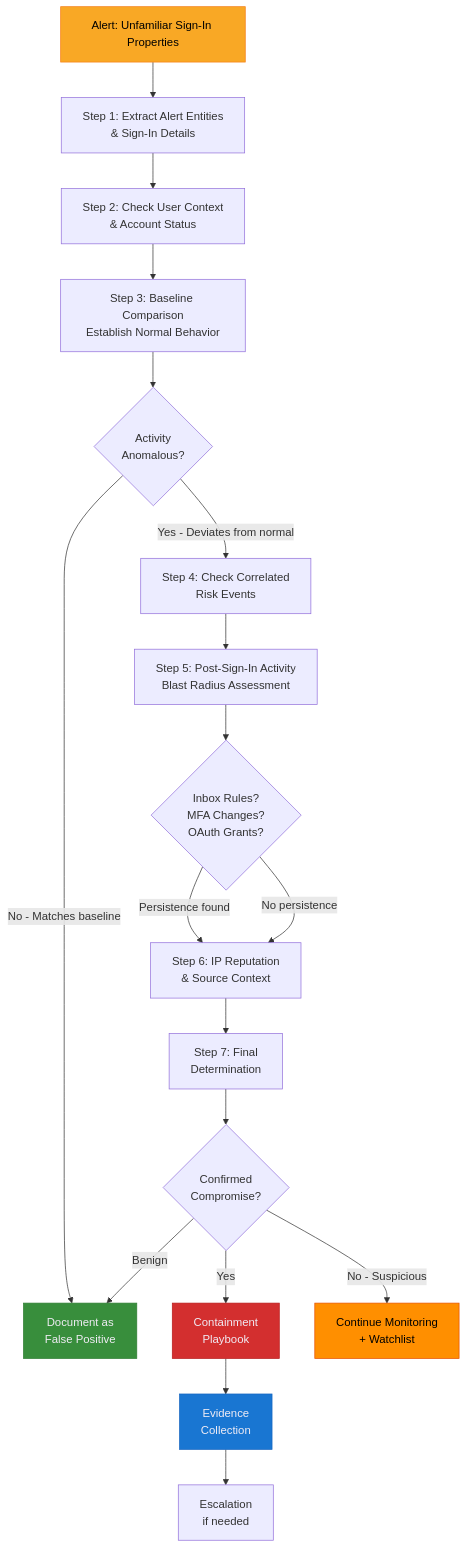
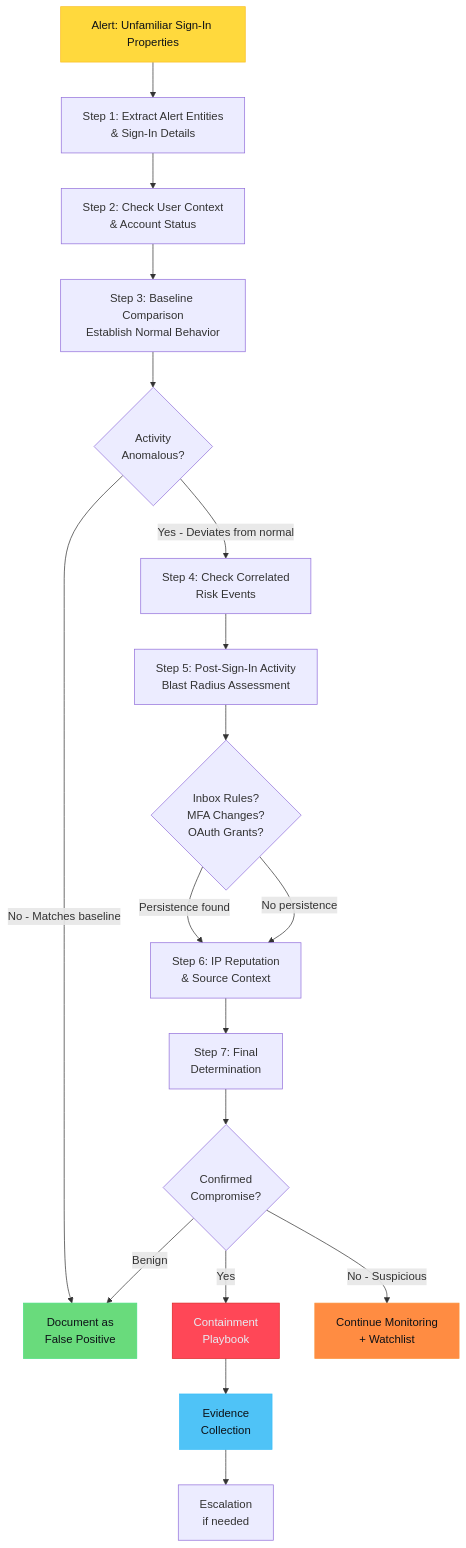
One commit to semihtut/kql-incident-response changed the diagram in docs/runbooks/identity/unfamiliar-sign-in-properties.md. Above: the diagram before and after it, drawn with Mermaid. The commit also changed 4 other files, not shown here.

````diff
--- a/docs/runbooks/identity/unfamiliar-sign-in-properties.md
+++ b/docs/runbooks/identity/unfamiliar-sign-in-properties.md
@@ -157,26 +157,26 @@
     ```mermaid
     flowchart TD
         A["Alert: Unfamiliar Sign-In Properties"] --> B["Step 1: Extract Alert Entities\n& Sign-In Details"]
         B --> C["Step 2: Check User Context\n& Account Status"]
         C --> D["Step 3: Baseline Comparison\nEstablish Normal Behavior"]
         D --> E{"Activity\nAnomalous?"}
         E -->|"No - Matches baseline"| F["Document as\nFalse Positive"]
         E -->|"Yes - Deviates from normal"| G["Step 4: Check Correlated\nRisk Events"]
         G --> H["Step 5: Post-Sign-In Activity\nBlast Radius Assessment"]
         H --> I{"Inbox Rules?\nMFA Changes?\nOAuth Grants?"}
         I -->|"Persistence found"| J["Step 6: IP Reputation\n& Source Context"]
         I -->|"No persistence"| J
         J --> K["Step 7: Final\nDetermination"]
         K --> L{"Confirmed\nCompromise?"}
         L -->|"Yes"| M["Containment\nPlaybook"]
         L -->|"No - Suspicious"| N["Continue Monitoring\n+ Watchlist"]
         L -->|"Benign"| F
         M --> O["Evidence\nCollection"]
         O --> P["Escalation\nif needed"]
 
-        style A fill:#F9A825,color:#000,stroke:#F57F17
-        style M fill:#D32F2F,color:#f0ecf5,stroke:#B71C1C
-        style O fill:#1976D2,color:#f0ecf5,stroke:#1565C0
-        style F fill:#388E3C,color:#f0ecf5,stroke:#2E7D32
-        style N fill:#FF8F00,color:#000,stroke:#E65100
+        style A fill:#ffd93d,color:#0d1117,stroke:#fbbf24
+        style M fill:#ff4757,color:#e6edf3,stroke:#dc2626
+        style O fill:#4fc3f7,color:#0d1117,stroke:#38bdf8
+        style F fill:#69db7c,color:#0d1117,stroke:#4ade80
+        style N fill:#ff8c42,color:#0d1117,stroke:#fb923c
     ```
````
